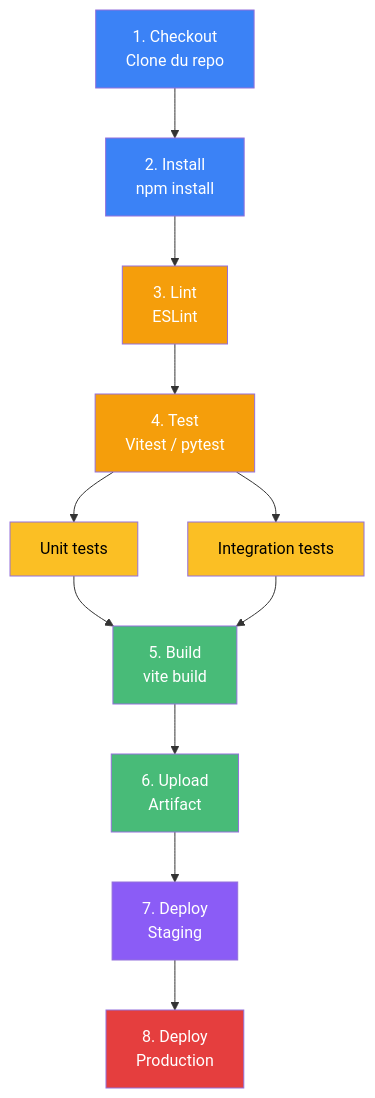
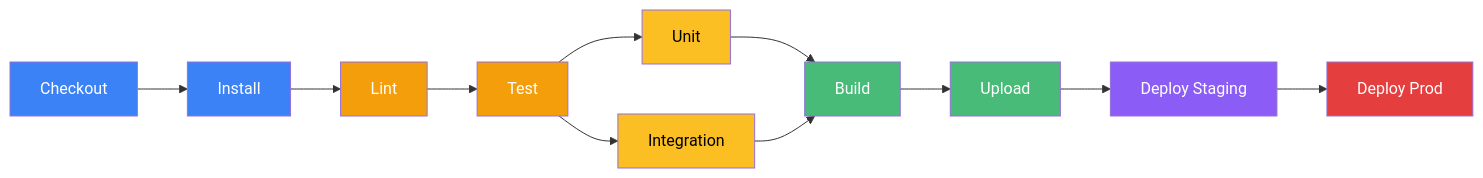
One commit to Foreach-Academy-France/formation-devops-initiation changed the second of 3 diagrams in slides/05-cicd-github-actions.md. Above: the diagram before and after it, drawn with Mermaid. The commit also changed other lines of this file, not shown here.

Commit message:
🐛 fix(slides): simplify Mermaid flowcharts without line breaks in Module 05
Solution finale pour éviter les erreurs de syntaxe Mermaid:
- Labels simples (1 mot) dans les flowcharts
- Légendes détaillées en HTML sous les diagrammes
- Pipeline en LR (left-right) pour meilleure lisibilité

Slide 9: Pipeline → Légende avec détails de chaque étape
Slide 12: Architecture → Légende avec explications complètes

Les retours à ligne dans flowchart causent des erreurs même avec <br>.

🤖 Generated with [Claude Code](https://claude.com/claude-code)

```diff
--- a/slides/05-cicd-github-actions.md
+++ b/slides/05-cicd-github-actions.md
@@ -223,24 +223,24 @@
 <div class="mermaid">
-flowchart TD
-    A["1. Checkout<br>Clone du repo"] --> B["2. Install<br>npm install"]
-    B --> C["3. Lint<br>ESLint"]
-    C --> D["4. Test<br>Vitest / pytest"]
-    D --> E[Unit tests]
-    D --> F[Integration tests]
-    E --> G["5. Build<br>vite build"]
+flowchart LR
+    A[Checkout] --> B[Install]
+    B --> C[Lint]
+    C --> D[Test]
+    D --> E[Unit]
+    D --> F[Integration]
+    E --> G[Build]
     F --> G
-    G --> H["6. Upload<br>Artifact"]
-    H --> I["7. Deploy<br>Staging"]
-    I --> J["8. Deploy<br>Production"]
+    G --> H[Upload]
+    H --> I[Deploy Staging]
+    I --> J[Deploy Prod]
 
     style A fill:#3b82f6,color:#fff
     style B fill:#3b82f6,color:#fff
     style C fill:#f59e0b,color:#fff
     style D fill:#f59e0b,color:#fff
     style E fill:#fbbf24,color:#000
     style F fill:#fbbf24,color:#000
     style G fill:#48bb78,color:#fff
     style H fill:#48bb78,color:#fff
     style I fill:#8b5cf6,color:#fff
     style J fill:#e53e3e,color:#fff
 </div>
```
